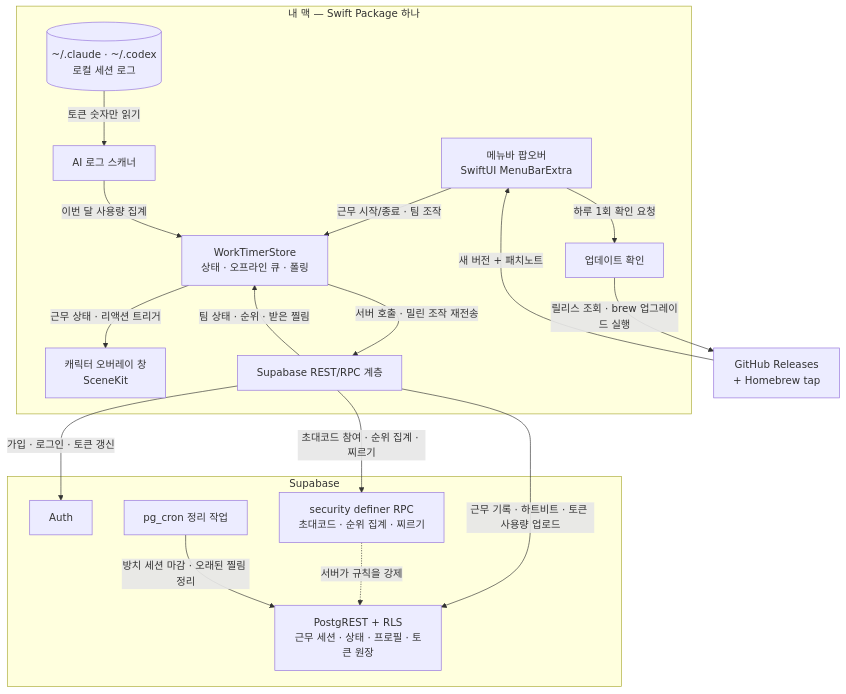
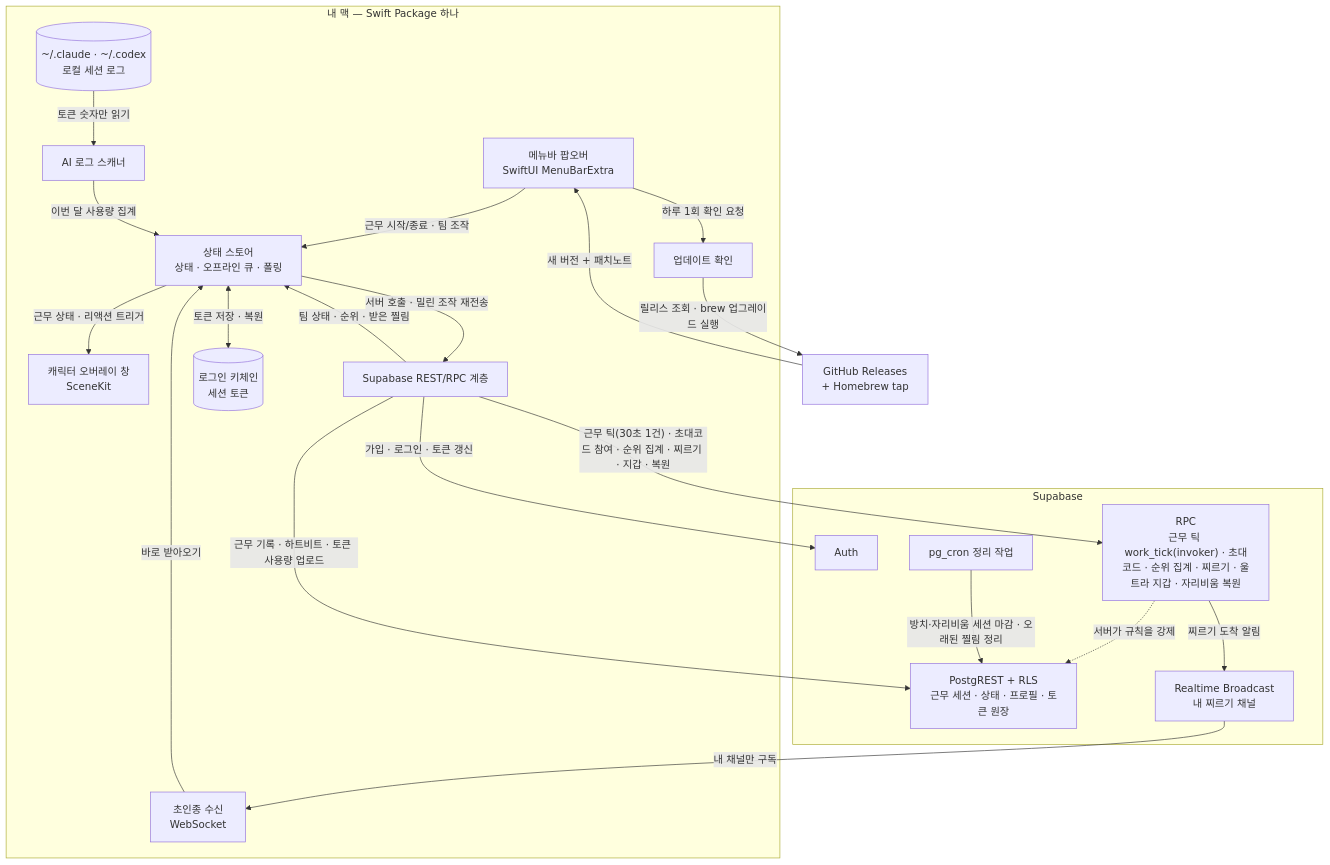
Before and after one commit to yehsung/check: the diagram in README.md, drawn with Mermaid. The commit also changed other lines of this file and 28 other files, not shown here.

First line of the commit message:
perf: 앱 경량화 묶음 + 30초 통신 work_tick RPC 통합 (v0.2.38)

````diff
--- a/README.md
+++ b/README.md
@@ -55,38 +62,45 @@
 ```mermaid
 flowchart TD
     subgraph mac["내 맥 — Swift Package 하나"]
         menu["메뉴바 팝오버<br/>SwiftUI MenuBarExtra"]
         overlay["캐릭터 오버레이 창<br/>SceneKit"]
-        store["WorkTimerStore<br/>상태 · 오프라인 큐 · 폴링"]
+        store["상태 스토어<br/>상태 · 오프라인 큐 · 폴링"]
         rest["Supabase REST/RPC 계층"]
+        ring["초인종 수신<br/>WebSocket"]
         scanner["AI 로그 스캐너"]
         logs[("~/.claude · ~/.codex<br/>로컬 세션 로그")]
+        keychain[("로그인 키체인<br/>세션 토큰")]
         updater["업데이트 확인"]
     end
 
     subgraph sb["Supabase"]
         auth["Auth"]
         db["PostgREST + RLS<br/>근무 세션 · 상태 · 프로필 · 토큰 원장"]
-        rpc["security definer RPC<br/>초대코드 · 순위 집계 · 찌르기"]
+        rpc["RPC<br/>근무 틱 work_tick(invoker) · 초대코드 · 순위 집계 · 찌르기 · 울트라 지갑 · 자리비움 복원"]
+        realtime["Realtime Broadcast<br/>내 찌르기 채널"]
         cron["pg_cron 정리 작업"]
     end
 
     gh["GitHub Releases<br/>+ Homebrew tap"]
 
     menu -->|"근무 시작/종료 · 팀 조작"| store
     store -->|"근무 상태 · 리액션 트리거"| overlay
     logs -->|"토큰 숫자만 읽기"| scanner
     scanner -->|"이번 달 사용량 집계"| store
+    store <-->|"토큰 저장 · 복원"| keychain
 
     store -->|"서버 호출 · 밀린 조작 재전송"| rest
     rest -->|"팀 상태 · 순위 · 받은 찔림"| store
     rest -->|"가입 · 로그인 · 토큰 갱신"| auth
     rest -->|"근무 기록 · 하트비트 · 토큰 사용량 업로드"| db
-    rest -->|"초대코드 참여 · 순위 집계 · 찌르기"| rpc
+    rest -->|"근무 틱(30초 1건) · 초대코드 참여 · 순위 집계 · 찌르기 · 지갑 · 복원"| rpc
     rpc -.->|"서버가 규칙을 강제"| db
-    cron -->|"방치 세션 마감 · 오래된 찔림 정리"| db
+    rpc -->|"찌르기 도착 알림"| realtime
+    realtime -->|"내 채널만 구독"| ring
+    ring -->|"바로 받아오기"| store
+    cron -->|"방치·자리비움 세션 마감 · 오래된 찔림 정리"| db
 
     menu -->|"하루 1회 확인 요청"| updater
     updater -->|"릴리스 조회 · brew 업그레이드 실행"| gh
     gh -->|"새 버전 + 패치노트"| menu
 ```
````
